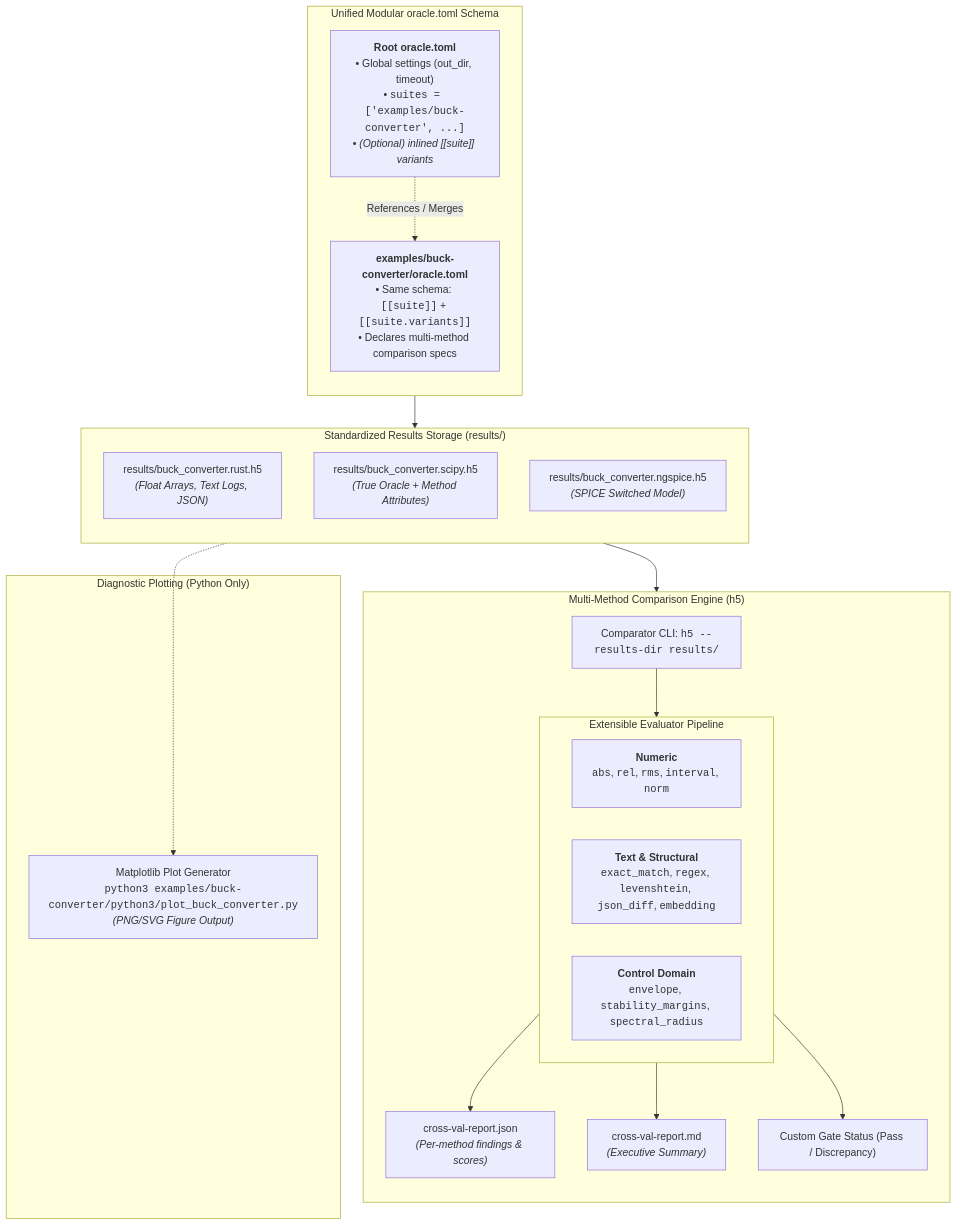
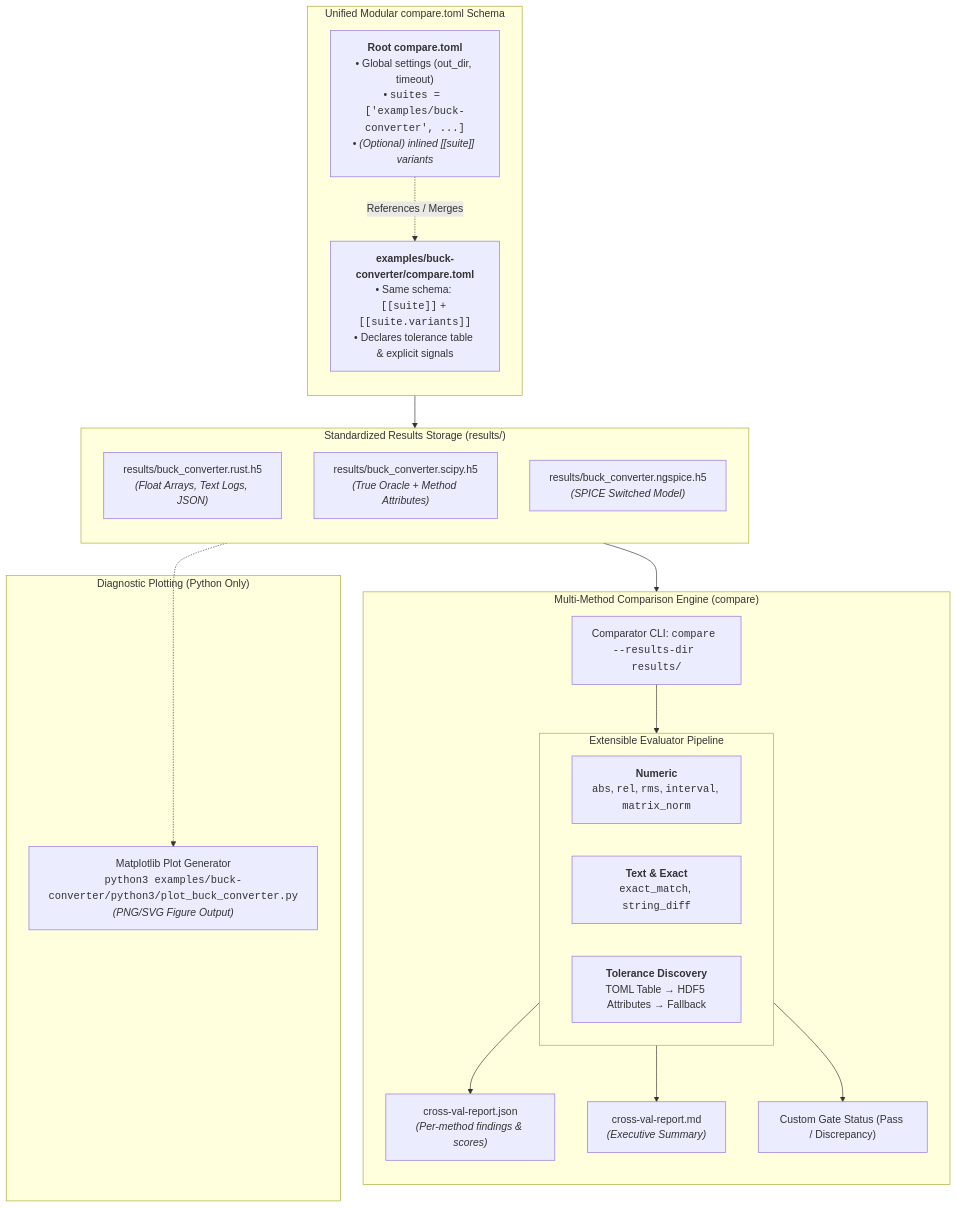
One commit to Dyse-Industries/control-rs changed the diagram in documentation/vv/cross-compare-design.md. Above: the diagram before and after it, drawn with Mermaid. The commit also changed other lines of this file and 15 other files, not shown here.

````diff
--- a/documentation/vv/cross-compare-design.md
+++ b/documentation/vv/cross-compare-design.md
@@ -108,41 +118,41 @@
 ```mermaid
 flowchart TD
-    subgraph Config["Unified Modular oracle.toml Schema"]
+    subgraph Config["Unified Modular compare.toml Schema"]
         direction TB
-        RootTOML["<b>Root oracle.toml</b><br/>• Global settings (out_dir, timeout)<br/>• <code>suites = ['examples/buck-converter', ...]</code><br/>• <i>(Optional) inlined [[suite]] variants</i>"]
-        SuiteTOML["<b>examples/buck-converter/oracle.toml</b><br/>• Same schema: <code>[[suite]]</code> + <code>[[suite.variants]]</code><br/>• Declares multi-method comparison specs"]
+        RootTOML["<b>Root compare.toml</b><br/>• Global settings (out_dir, timeout)<br/>• <code>suites = ['examples/buck-converter', ...]</code><br/>• <i>(Optional) inlined [[suite]] variants</i>"]
+        SuiteTOML["<b>examples/buck-converter/compare.toml</b><br/>• Same schema: <code>[[suite]]</code> + <code>[[suite.variants]]</code><br/>• Declares tolerance table & explicit signals"]
         RootTOML -. References / Merges .-> SuiteTOML
     end
 
     subgraph Storage["Standardized Results Storage (results/)"]
         direction TB
         RustH5["results/buck_converter.rust.h5<br/><i>(Float Arrays, Text Logs, JSON)</i>"]
         OracleH5["results/buck_converter.scipy.h5<br/><i>(True Oracle + Method Attributes)</i>"]
         PeerH5["results/buck_converter.ngspice.h5<br/><i>(SPICE Switched Model)</i>"]
     end
 
-    subgraph Comparison["Multi-Method Comparison Engine (h5)"]
+    subgraph Comparison["Multi-Method Comparison Engine (compare)"]
         direction TB
         subgraph Evaluators["Extensible Evaluator Pipeline"]
-            NumEval["<b>Numeric</b><br/><code>abs</code>, <code>rel</code>, <code>rms</code>, <code>interval</code>, <code>norm</code>"]
-            TextEval["<b>Text & Structural</b><br/><code>exact_match</code>, <code>regex</code>, <code>levenshtein</code>, <code>json_diff</code>, <code>embedding</code>"]
-            CtrlEval["<b>Control Domain</b><br/><code>envelope</code>, <code>stability_margins</code>, <code>spectral_radius</code>"]
+            NumEval["<b>Numeric</b><br/><code>abs</code>, <code>rel</code>, <code>rms</code>, <code>interval</code>, <code>matrix_norm</code>"]
+            TextEval["<b>Text & Exact</b><br/><code>exact_match</code>, <code>string_diff</code>"]
+            TolDiscovery["<b>Tolerance Discovery</b><br/>TOML Table &rarr; HDF5 Attributes &rarr; Fallback"]
         end
-        H5Engine["Comparator CLI: <code>h5 --results-dir results/</code>"]
+        CompareEngine["Comparator CLI: <code>compare --results-dir results/</code>"]
         ReportJSON["cross-val-report.json<br/><i>(Per-method findings & scores)</i>"]
         ReportMD["cross-val-report.md<br/><i>(Executive Summary)</i>"]
         GateVerdict["Custom Gate Status (Pass / Discrepancy)"]
     end
 
     subgraph Diagnostics["Diagnostic Plotting (Python Only)"]
         MatplotlibPlots["Matplotlib Plot Generator<br/><code>python3 examples/buck-converter/python3/plot_buck_converter.py</code><br/><i>(PNG/SVG Figure Output)</i>"]
     end
 
     Config --> Storage
-    Storage --> H5Engine
-    H5Engine --> Evaluators
+    Storage --> CompareEngine
+    CompareEngine --> Evaluators
     Evaluators --> ReportJSON
     Evaluators --> ReportMD
     Evaluators --> GateVerdict
     Storage -.-> MatplotlibPlots
 ```
````
